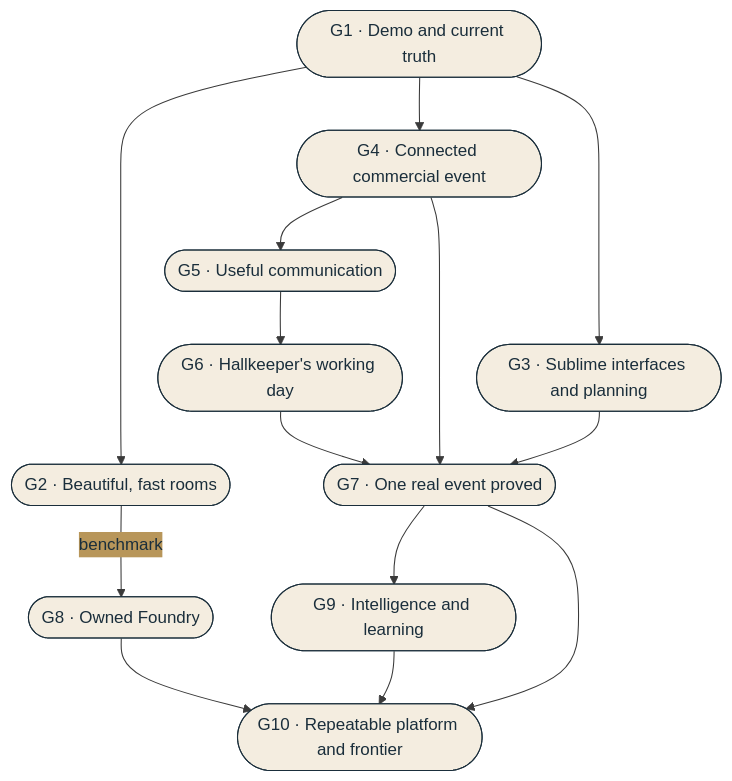
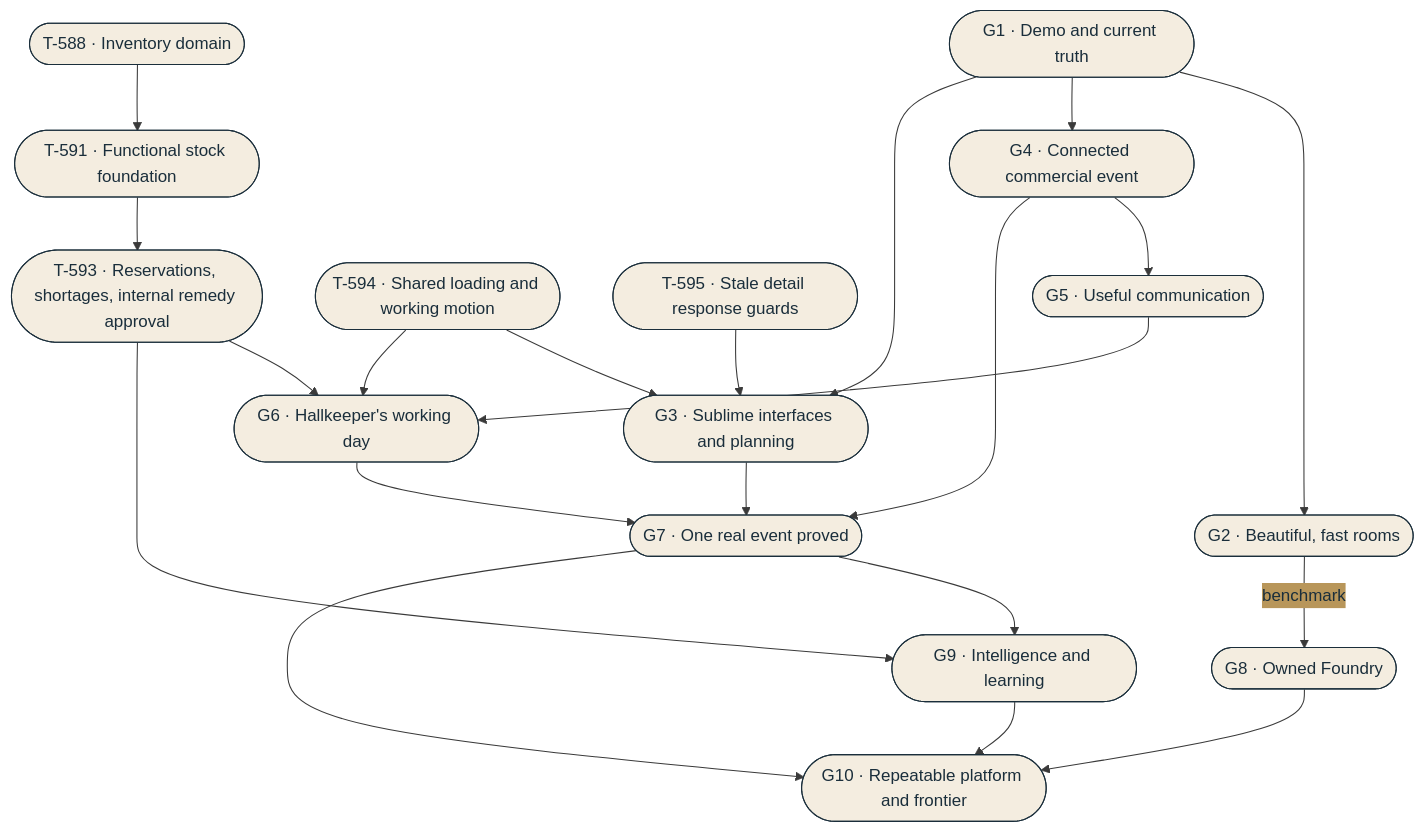
Before and after one commit to codemaker66/omnitwin: the first of 2 diagrams in docs/diagrams/task-graph.md, drawn with Mermaid. The commit also changed other lines of this file and 149 other files, not shown here.

````diff
--- a/docs/diagrams/task-graph.md
+++ b/docs/diagrams/task-graph.md
@@ -29,38 +36,50 @@
 ```mermaid
 %%{init: {
   'theme': 'base',
   'themeVariables': {
     'primaryColor': '#f4ede0',
     'primaryTextColor': '#1a2e3b',
     'primaryBorderColor': '#1a2e3b',
     'lineColor': '#3a3a3a',
     'secondaryColor': '#b8965a',
     'tertiaryColor': '#7d9579',
     'fontFamily': 'Georgia, serif'
   }
 }}%%
 flowchart TD
     G1(["G1 · Demo and current truth"])
     G2(["G2 · Beautiful, fast rooms"])
     G3(["G3 · Sublime interfaces and planning"])
+    T588(["T-588 · Inventory domain"])
+    T591F(["T-591 · Functional stock foundation"])
+    T593(["T-593 · Reservations, shortages, internal remedy approval"])
+    T594(["T-594 · Shared loading and working motion"])
+    T595(["T-595 · Stale detail response guards"])
     G4(["G4 · Connected commercial event"])
     G5(["G5 · Useful communication"])
     G6(["G6 · Hallkeeper's working day"])
     G7(["G7 · One real event proved"])
     G8(["G8 · Owned Foundry"])
     G9(["G9 · Intelligence and learning"])
     G10(["G10 · Repeatable platform and frontier"])
     G1 --> G2
     G1 --> G4
     G1 --> G3
+    T588 --> T591F
+    T591F --> T593
+    T593 --> G6
+    T593 --> G9
+    T594 --> G3
+    T594 --> G6
+    T595 --> G3
     G2 -->|benchmark| G8
     G4 --> G5
     G5 --> G6
     G3 --> G7
     G4 --> G7
     G6 --> G7
     G7 --> G9
     G7 --> G10
     G8 --> G10
     G9 --> G10
 ```
````
